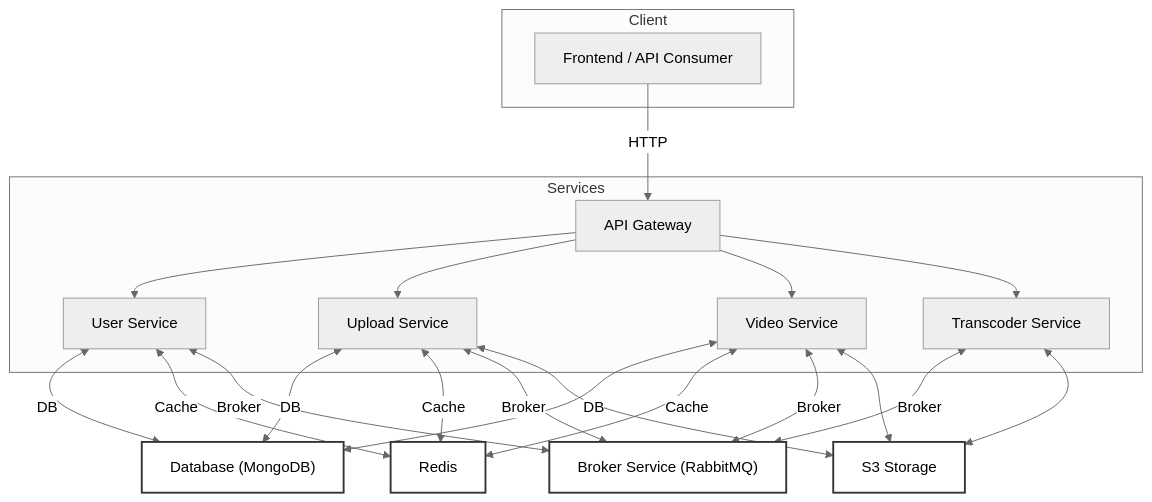
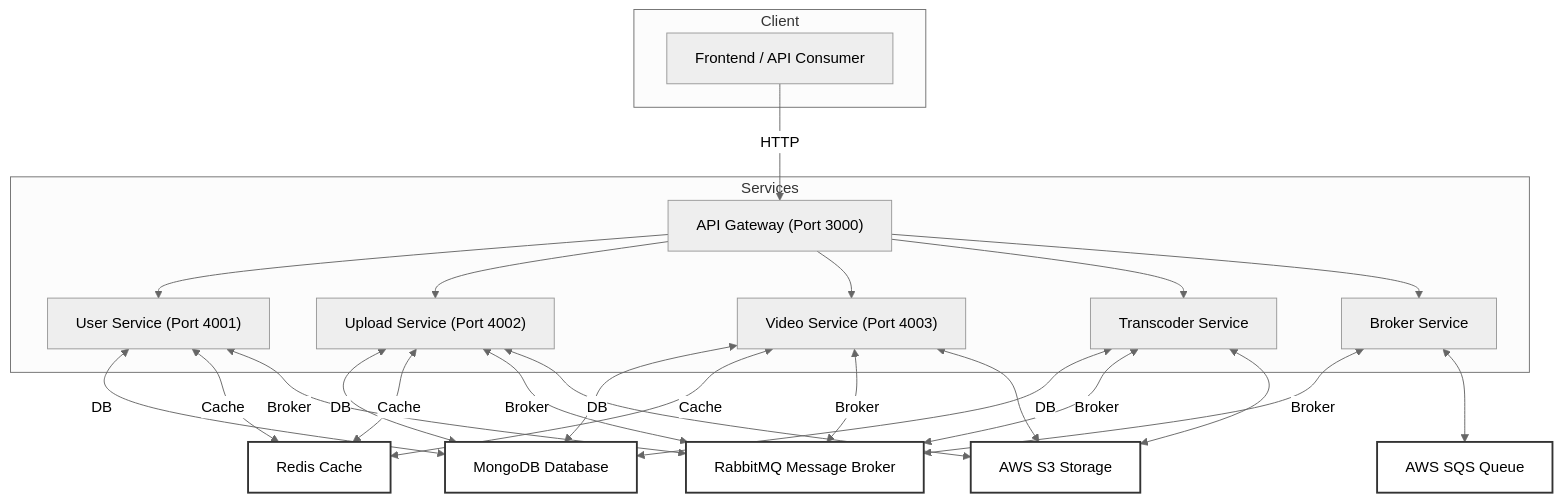
The diagram in README.md (shaid-7908/Pod-Flix), drawn with Mermaid (neutral theme) before and after one commit. The commit also changed other lines of this file and 1 other file, not shown here.

````diff
--- a/README.md
+++ b/README.md
@@ -7,38 +7,43 @@
 ```mermaid
 flowchart TD
   subgraph Client
     A["Frontend / API Consumer"]
   end
 
-  A -->|HTTP| B["API Gateway"]
+  A -->|HTTP| B["API Gateway (Port 3000)"]
 
   subgraph Services
-    B --> C["User Service"]
-    B --> D["Upload Service"]
-    B --> E["Video Service"]
+    B --> C["User Service (Port 4001)"]
+    B --> D["Upload Service (Port 4002)"]
+    B --> E["Video Service (Port 4003)"]
     B --> F["Transcoder Service"]
+    B --> G["Broker Service"]
   end
 
-  C <--> |DB| G["Database (MongoDB)"]
-  D <--> |DB| G
-  E <--> |DB| G
+  C <--> |DB| H["MongoDB Database"]
+  D <--> |DB| H
+  E <--> |DB| H
+  F <--> |DB| H
 
-  C <--> |Cache| H["Redis"]
-  D <--> |Cache| H
-  E <--> |Cache| H
+  C <--> |Cache| I["Redis Cache"]
+  D <--> |Cache| I
+  E <--> |Cache| I
 
-  C <--> |Broker| I["Broker Service (RabbitMQ)"]
-  D <--> |Broker| I
-  E <--> |Broker| I
-  F <--> |Broker| I
+  C <--> |Broker| J["RabbitMQ Message Broker"]
+  D <--> |Broker| J
+  E <--> |Broker| J
+  F <--> |Broker| J
+  G <--> |Broker| J
 
-  D <--> J["S3 Storage"]
-  F <--> J
+  D <--> K["AWS S3 Storage"]
+  F <--> K
+  E <--> K
 
-  E <--> J
+  G <--> L["AWS SQS Queue"]
 
-  style G fill:#fff,stroke:#333,stroke-width:2px
   style H fill:#fff,stroke:#333,stroke-width:2px
   style I fill:#fff,stroke:#333,stroke-width:2px
   style J fill:#fff,stroke:#333,stroke-width:2px
+  style K fill:#fff,stroke:#333,stroke-width:2px
+  style L fill:#fff,stroke:#333,stroke-width:2px
 ```
````
